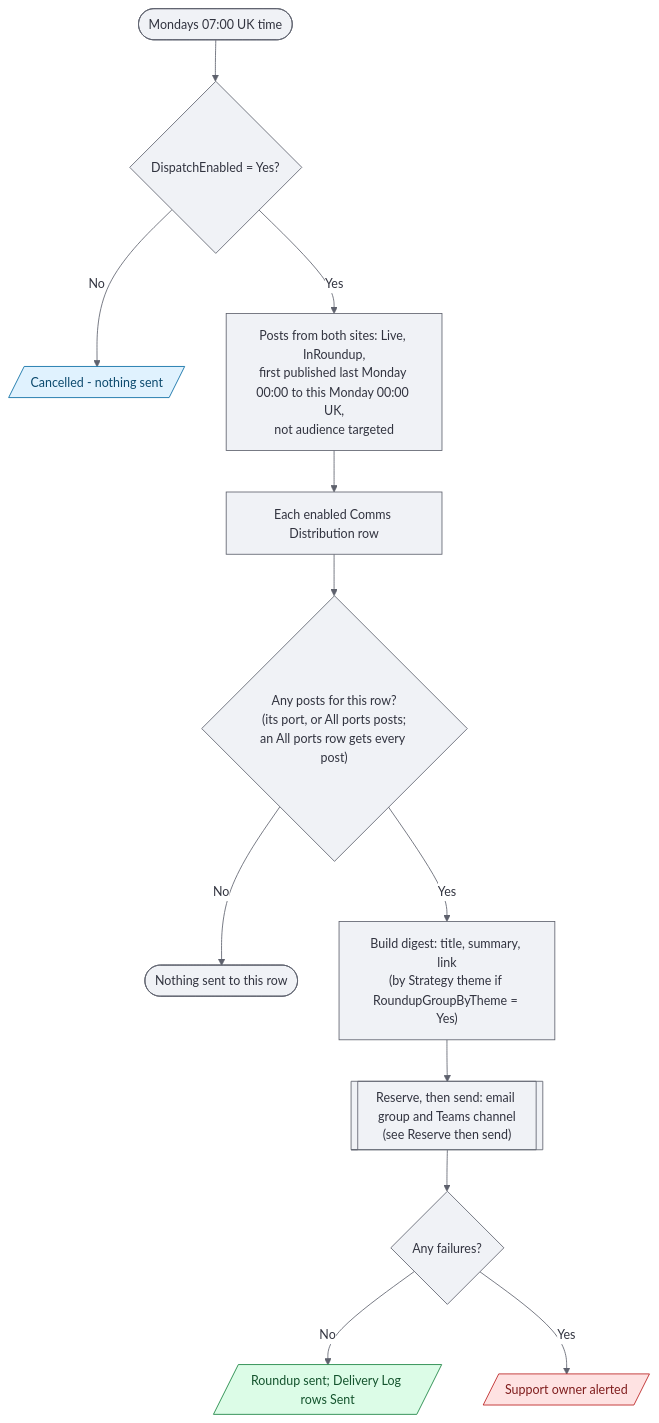
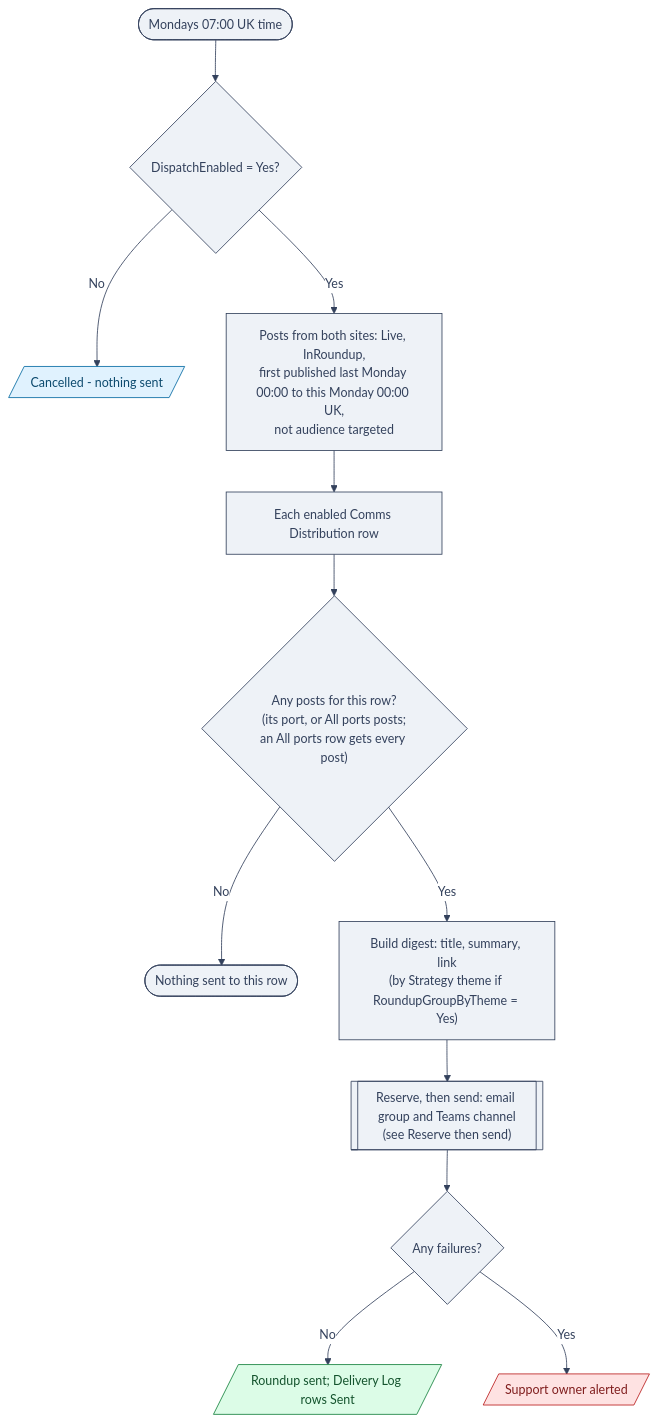
The third of 5 diagrams in solutions/SharePointNews/diagrams/news-flows.md (flinty-isd/Projects-hub), drawn with Mermaid before and after one commit. The commit also changed other lines of this file and 13 other files, not shown here.

First line of the commit message:
Brand: Hutchison Ports look for diagrams and the governance site pages

````diff
--- a/solutions/SharePointNews/diagrams/news-flows.md
+++ b/solutions/SharePointNews/diagrams/news-flows.md
@@ -51,18 +51,18 @@
 ```mermaid
-%%{init: {'theme': 'base', 'themeVariables': {'fontFamily': 'Source Sans 3, Source Sans Pro, Segoe UI, sans-serif', 'fontSize': '15px', 'primaryColor': '#f0f2f6', 'primaryBorderColor': '#5e616d', 'primaryTextColor': '#31333f', 'lineColor': '#5e616d', 'clusterBkg': '#f8f9fb', 'clusterBorder': '#cdd0d8', 'edgeLabelBackground': '#ffffff', 'tertiaryColor': '#ffffff'}}}%%
+%%{init: {'theme': 'base', 'themeVariables': {'fontFamily': 'Arial, Helvetica, sans-serif', 'fontSize': '15px', 'primaryColor': '#EEF2F7', 'primaryBorderColor': '#33415C', 'primaryTextColor': '#33415C', 'lineColor': '#33415C', 'clusterBkg': '#F7F8FA', 'clusterBorder': '#002E6D', 'edgeLabelBackground': '#ffffff', 'tertiaryColor': '#ffffff'}}}%%
 flowchart TD
   A([Mondays 07:00 UK time]) --> DE{"DispatchEnabled = Yes?"}
   DE -->|No| CX[/"Cancelled - nothing sent"/]:::info
   DE -->|Yes| P["Posts from both sites: Live, InRoundup,<br/>first published last Monday 00:00 to this Monday 00:00 UK,<br/>not audience targeted"]
   P --> D["Each enabled Comms Distribution row"]
   D --> HP{"Any posts for this row?<br/>(its port, or All ports posts;<br/>an All ports row gets every post)"}
   HP -->|No| NONE([Nothing sent to this row])
   HP -->|Yes| G["Build digest: title, summary, link<br/>(by Strategy theme if RoundupGroupByTheme = Yes)"]
   G --> RS[["Reserve, then send: email group and Teams channel<br/>(see Reserve then send)"]]
   RS --> FL{"Any failures?"}
   FL -->|No| DONE[/"Roundup sent; Delivery Log rows Sent"/]:::good
   FL -->|Yes| AL[/"Support owner alerted"/]:::bad
   classDef good fill:#dcfce7,stroke:#15803d,color:#14532d
   classDef bad fill:#fee2e2,stroke:#b91c1c,color:#7f1d1d
   classDef info fill:#e0f2fe,stroke:#0369a1,color:#0c4a6e
 ```
````
